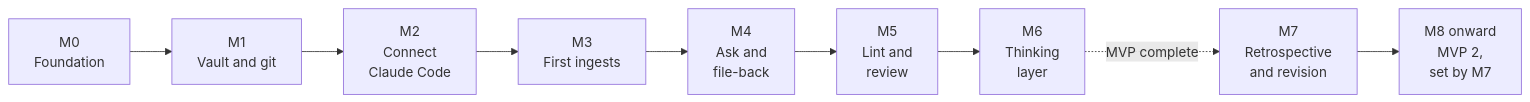
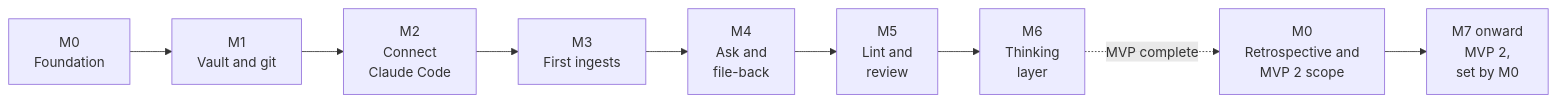
Before and after one commit to quocnguyen13/second-brain: the diagram in mine/projects/thinking-system/06 Roadmap.md, drawn with Mermaid. The commit also changed other lines of this file and 6 other files, not shown here.

````diff
--- a/mine/projects/thinking-system/06 Roadmap.md
+++ b/mine/projects/thinking-system/06 Roadmap.md
@@ -17,11 +17,11 @@
 ```mermaid
 flowchart LR
     M0[M0<br/>Foundation] --> M1[M1<br/>Vault and git]
     M1 --> M2[M2<br/>Connect<br/>Claude Code]
     M2 --> M3[M3<br/>First ingests]
     M3 --> M4[M4<br/>Ask and<br/>file-back]
     M4 --> M5[M5<br/>Lint and<br/>review]
     M5 --> M6[M6<br/>Thinking<br/>layer]
-    M6 -.->|MVP complete| M7[M7<br/>Retrospective<br/>and revision]
-    M7 --> M8[M8 onward<br/>MVP 2,<br/>set by M7]
+    M6 -.->|MVP complete| PM[M0<br/>Retrospective and<br/>MVP 2 scope]
+    PM --> M7[M7 onward<br/>MVP 2,<br/>set by M0]
 ```
````
